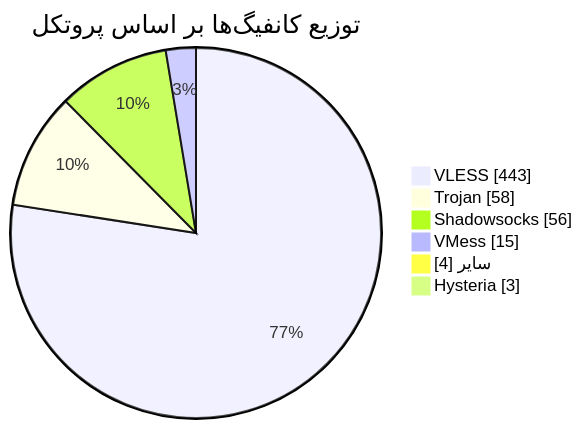
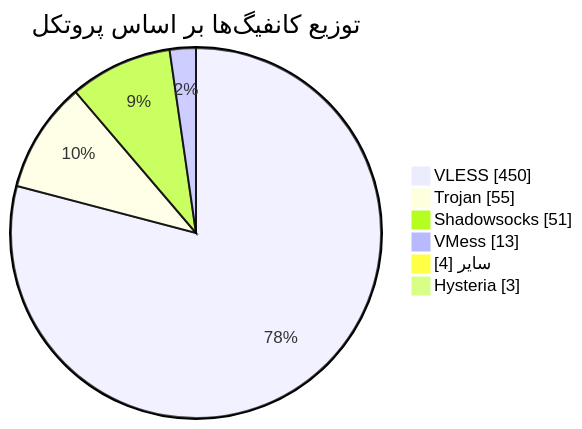
The diagram in README.md (Arian-Alijani/Somthing), drawn with Mermaid before and after one commit. The commit also changed other lines of this file and 15 other files, not shown here.

````diff
--- a/README.md
+++ b/README.md
@@ -48,10 +48,10 @@
 ```mermaid
 pie showData
     title توزیع کانفیگ‌ها بر اساس پروتکل
-    "VLESS" : 443
-    "Trojan" : 58
-    "Shadowsocks" : 56
-    "VMess" : 15
+    "VLESS" : 450
+    "Trojan" : 55
+    "Shadowsocks" : 51
+    "VMess" : 13
     "سایر" : 4
     "Hysteria" : 3
 ```
````
